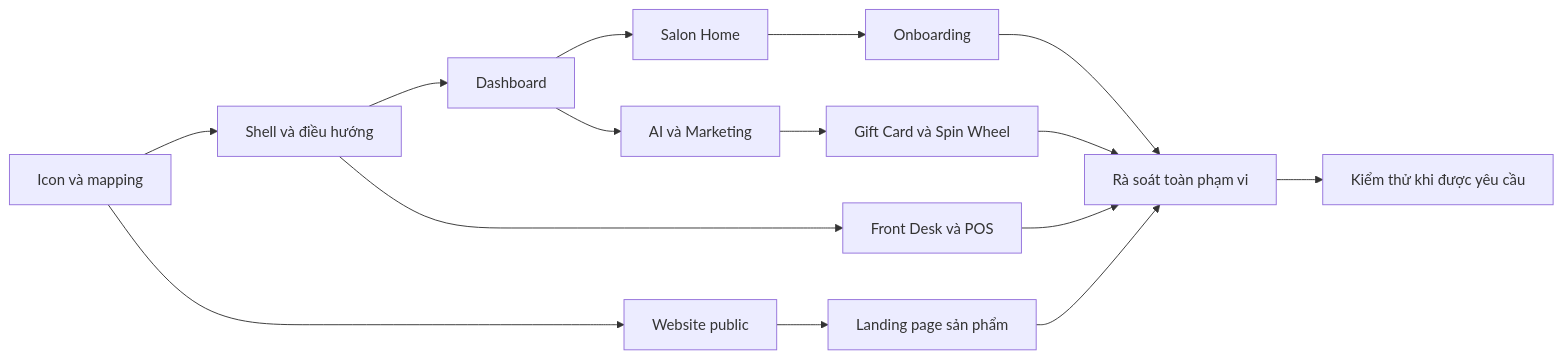
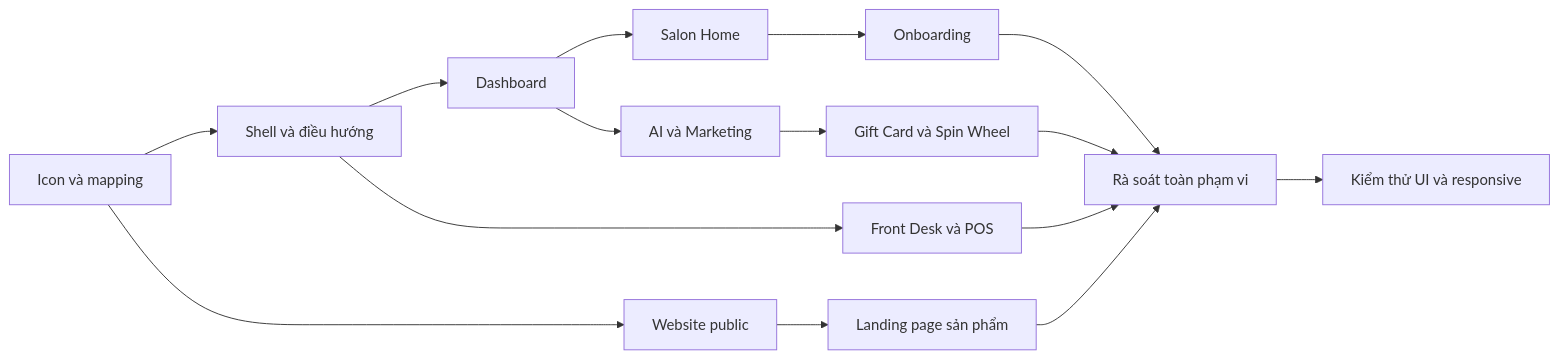
One commit to maivtn/taxiq changed the diagram in docs/superpowers/plans/2026-10-27-po-handoff-shell-icons-plan.md. Above: the diagram before and after it, drawn with Mermaid. The commit also changed other lines of this file, not shown here.

````diff
--- a/docs/superpowers/plans/2026-10-27-po-handoff-shell-icons-plan.md
+++ b/docs/superpowers/plans/2026-10-27-po-handoff-shell-icons-plan.md
@@ -66,17 +104,17 @@
 ```mermaid
 flowchart LR
     A[Icon và mapping] --> B[Shell và điều hướng]
     B --> C[Dashboard]
     C --> D[Salon Home]
     D --> E[Onboarding]
     B --> F[Front Desk và POS]
     C --> G[AI và Marketing]
     G --> H[Gift Card và Spin Wheel]
     A --> I[Website public]
     I --> J[Landing page sản phẩm]
     E --> K[Rà soát toàn phạm vi]
     F --> K
     H --> K
     J --> K
-    K --> L[Kiểm thử khi được yêu cầu]
+    K --> L[Kiểm thử UI và responsive]
 ```
````
